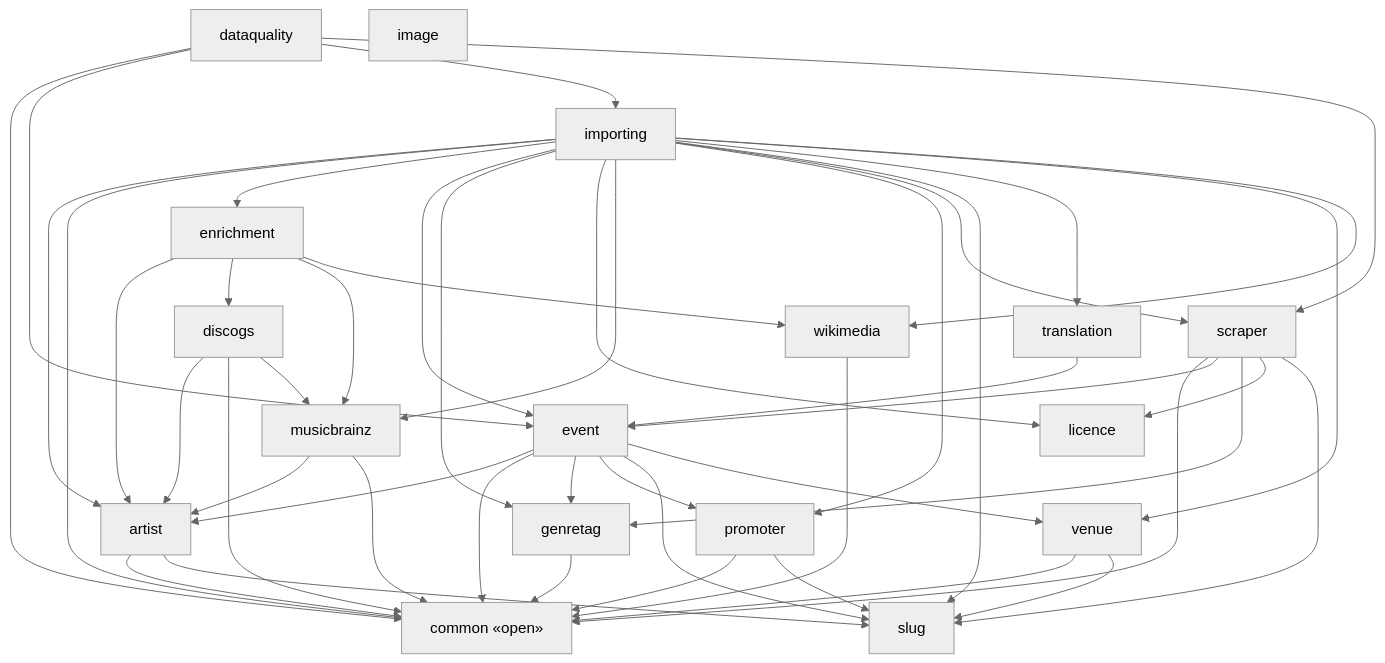
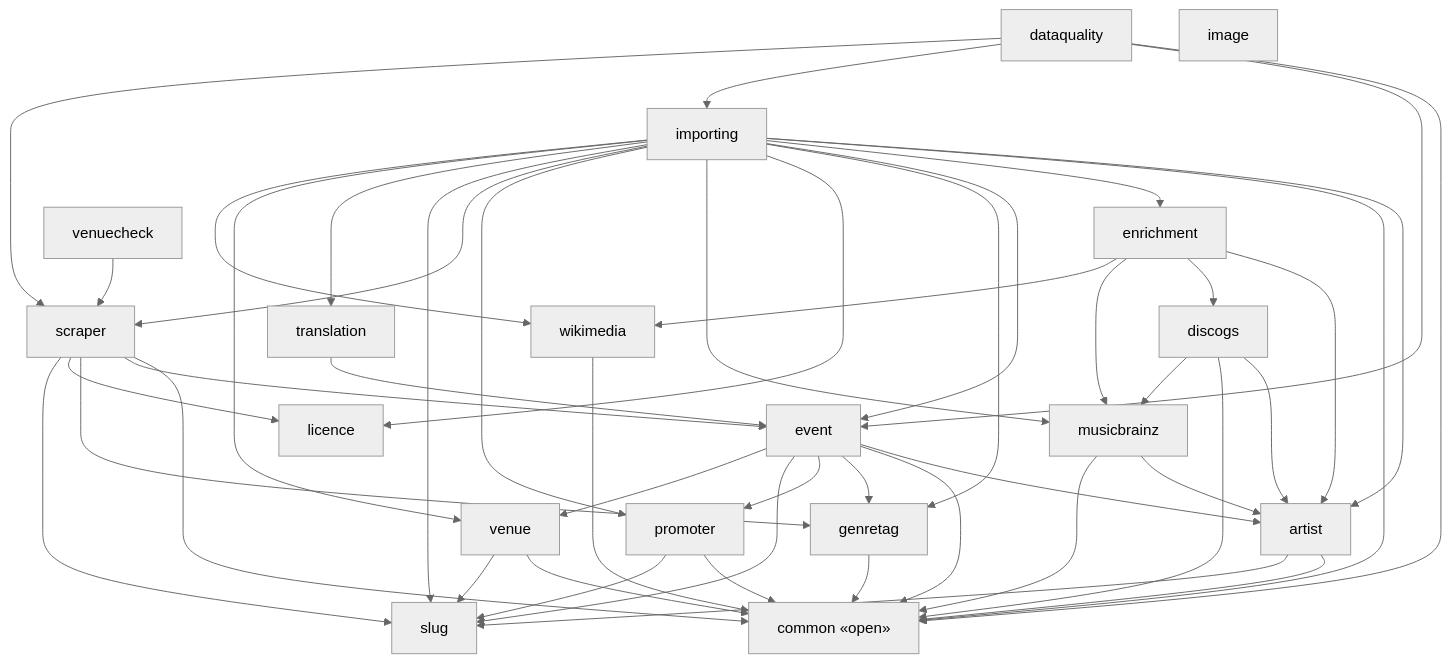
One commit to enorm-labs/event-junkie changed the diagram in docs/architecture/modules-events-importer.md. Above: the diagram before and after it, drawn with Mermaid (neutral theme). The commit also changed 14 other files, not shown here.

````diff
--- a/docs/architecture/modules-events-importer.md
+++ b/docs/architecture/modules-events-importer.md
@@ -9,67 +9,69 @@
 ```mermaid
 flowchart TD
     artist["artist"]
     common["common «open»"]
     dataquality["dataquality"]
     discogs["discogs"]
     enrichment["enrichment"]
     event["event"]
     genretag["genretag"]
     image["image"]
     importing["importing"]
     licence["licence"]
     musicbrainz["musicbrainz"]
     promoter["promoter"]
     scraper["scraper"]
     slug["slug"]
     translation["translation"]
     venue["venue"]
+    venuecheck["venuecheck"]
     wikimedia["wikimedia"]
 
     artist --> common
     artist --> slug
     dataquality --> common
     dataquality --> event
     dataquality --> importing
     dataquality --> scraper
     discogs --> artist
     discogs --> common
     discogs --> musicbrainz
     enrichment --> artist
     enrichment --> discogs
     enrichment --> musicbrainz
     enrichment --> wikimedia
     event --> artist
     event --> common
     event --> genretag
     event --> promoter
     event --> slug
     event --> venue
     genretag --> common
     importing --> artist
     importing --> common
     importing --> enrichment
     importing --> event
     importing --> genretag
     importing --> licence
     importing --> musicbrainz
     importing --> promoter
     importing --> scraper
     importing --> slug
     importing --> translation
     importing --> venue
     importing --> wikimedia
     musicbrainz --> artist
     musicbrainz --> common
     promoter --> common
     promoter --> slug
     scraper --> common
     scraper --> event
     scraper --> genretag
     scraper --> licence
     scraper --> slug
     translation --> event
     venue --> common
     venue --> slug
+    venuecheck --> scraper
     wikimedia --> common
 ```
````
